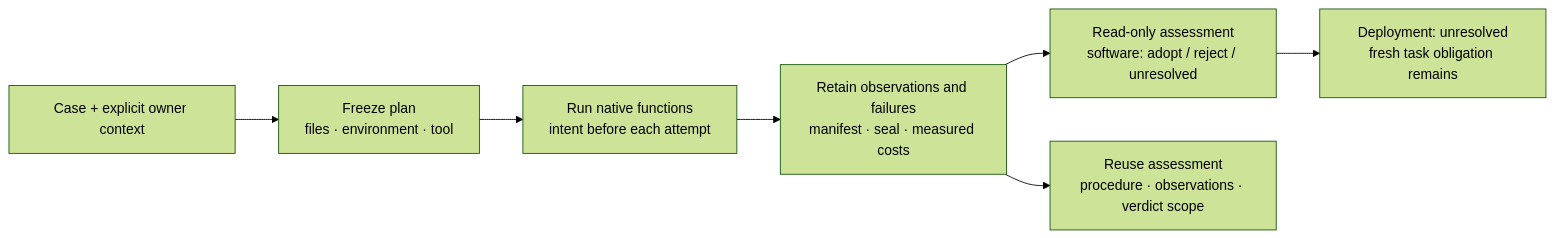
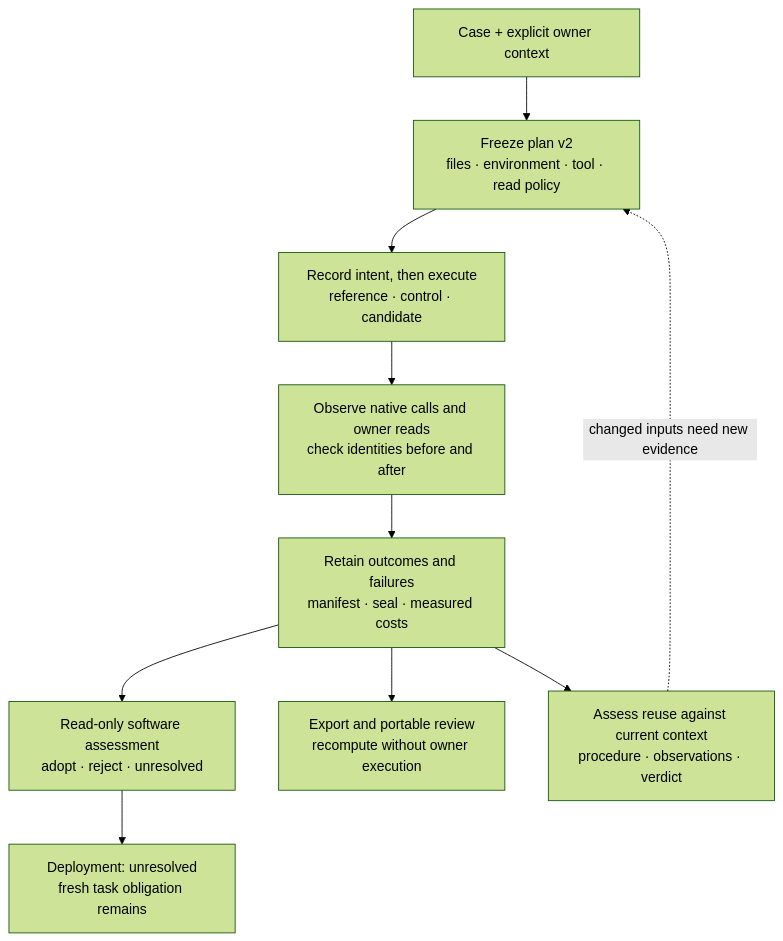
One commit to manfromnowhere143/nisayon changed the diagram in docs/NATIVE_QUALIFICATION.md. Above: the diagram before and after it, drawn with Mermaid (forest theme). The commit also changed other lines of this file and 6 other files, not shown here.

First line of the commit message:
Explain native qualification, evidence reuse and full-weight continuation

````diff
--- a/docs/NATIVE_QUALIFICATION.md
+++ b/docs/NATIVE_QUALIFICATION.md
@@ -104,9 +104,14 @@
 ```mermaid
-flowchart LR
-    C["Case + explicit owner context"] --> P["Freeze plan<br/>files · environment · tool"]
-    P --> R["Run native functions<br/>intent before each attempt"]
-    R --> E["Retain observations and failures<br/>manifest · seal · measured costs"]
-    E --> A["Read-only assessment<br/>software: adopt / reject / unresolved"]
-    E --> M["Reuse assessment<br/>procedure · observations · verdict scope"]
+flowchart TB
+    accTitle: Native qualification, read witnesses and scoped reuse
+    accDescr: Freeze the case, owner files, environment, tool and read policy. Record intent before native execution and retain calls, read attempts and failures. Read-only assessment requires valid complete evidence. Portable review executes no owner code. Reuse separately checks procedure, observations and verdict applicability; changed inputs require new evidence. Deployment acceptance remains unresolved.
+    C["Case + explicit owner context"] --> P["Freeze plan v2<br/>files · environment · tool · read policy"]
+    P --> R["Record intent, then execute<br/>reference · control · candidate"]
+    R --> W["Observe native calls and owner reads<br/>check identities before and after"]
+    W --> E["Retain outcomes and failures<br/>manifest · seal · measured costs"]
+    E --> A["Read-only software assessment<br/>adopt · reject · unresolved"]
+    E --> B["Export and portable review<br/>recompute without owner execution"]
+    E --> M["Assess reuse against current context<br/>procedure · observations · verdict"]
+    M -. "changed inputs need new evidence" .-> P
     A --> T["Deployment: unresolved<br/>fresh task obligation remains"]
 ```
````
